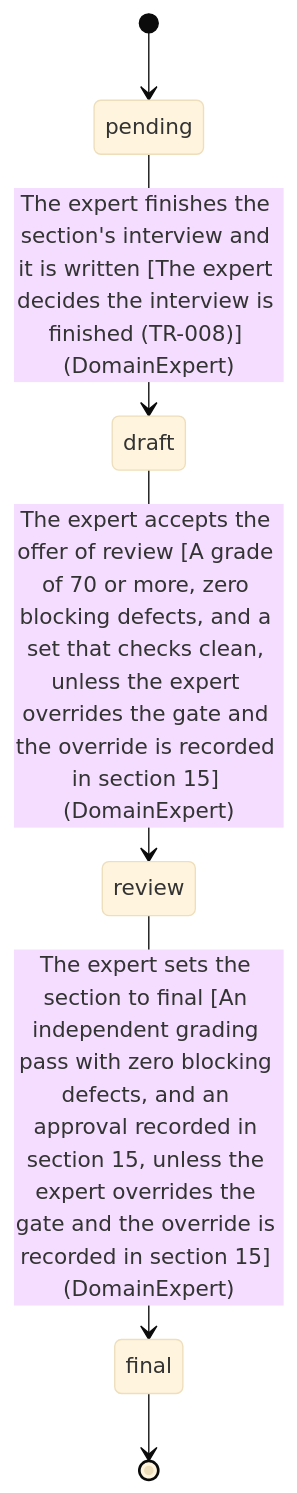
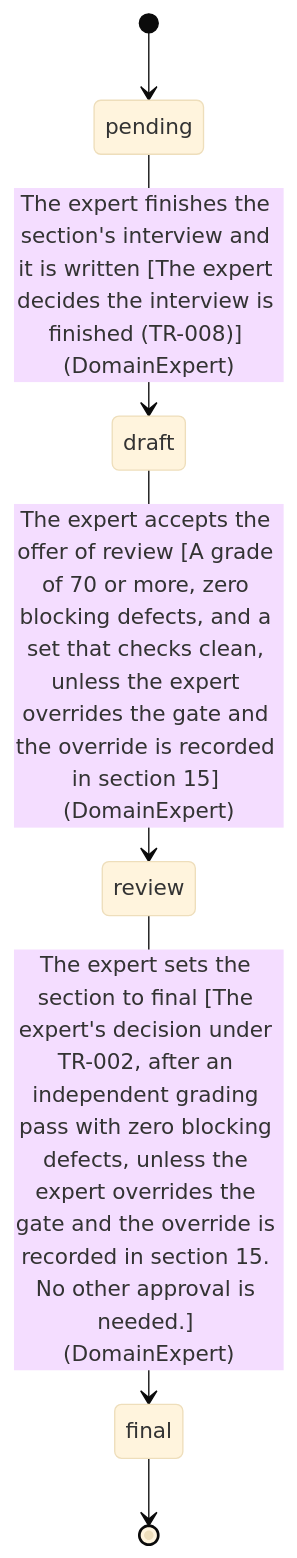
One commit to SpillwaveSolutions/prd-forge changed the diagram in docs/prd/prd-forge/diagrams/LC-001.mmd. Above: the diagram before and after it, drawn with Mermaid (base theme). The commit also changed 13 other files, not shown here.

```diff
--- a/docs/prd/prd-forge/diagrams/LC-001.mmd
+++ b/docs/prd/prd-forge/diagrams/LC-001.mmd
@@ -1,11 +1,11 @@
 %% Generated by prd-diagrams.mjs from the scenarios front matter. Do not edit.
 stateDiagram-v2
   state "pending" as s0
   state "draft" as s1
   state "review" as s2
   state "final" as s3
   [*] --> s0
   s0 --> s1 : The expert finishes the section's interview and it is written [The expert decides the interview is finished (TR-008)] (DomainExpert)
   s1 --> s2 : The expert accepts the offer of review [A grade of 70 or more, zero blocking defects, and a set that checks clean, unless the expert overrides the gate and the override is recorded in section 15] (DomainExpert)
-  s2 --> s3 : The expert sets the section to final [An independent grading pass with zero blocking defects, and an approval recorded in section 15, unless the expert overrides the gate and the override is recorded in section 15] (DomainExpert)
+  s2 --> s3 : The expert sets the section to final [The expert's decision under TR-002, after an independent grading pass with zero blocking defects, unless the expert overrides the gate and the override is recorded in section 15. No other approval is needed.] (DomainExpert)
   s3 --> [*]
```
